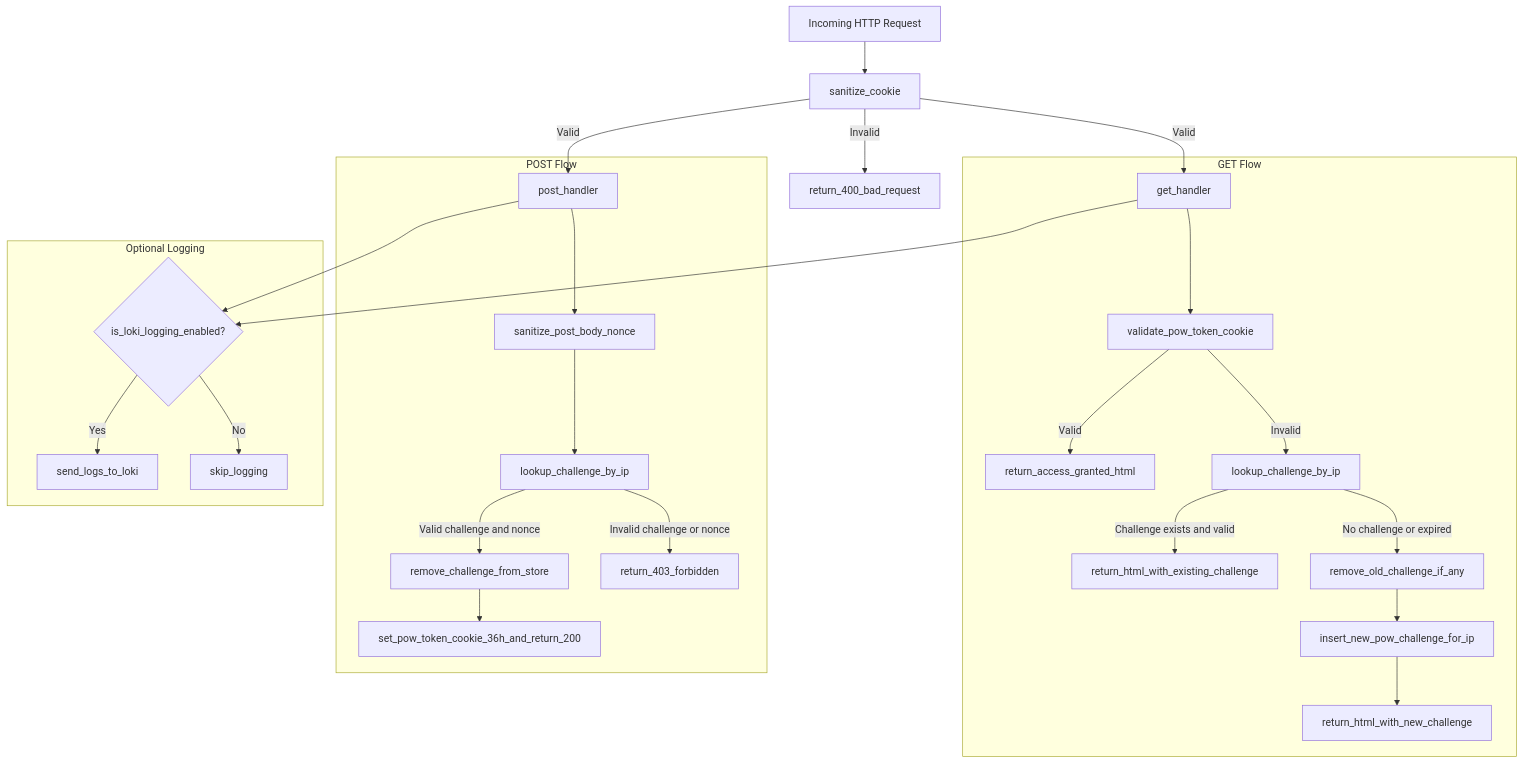
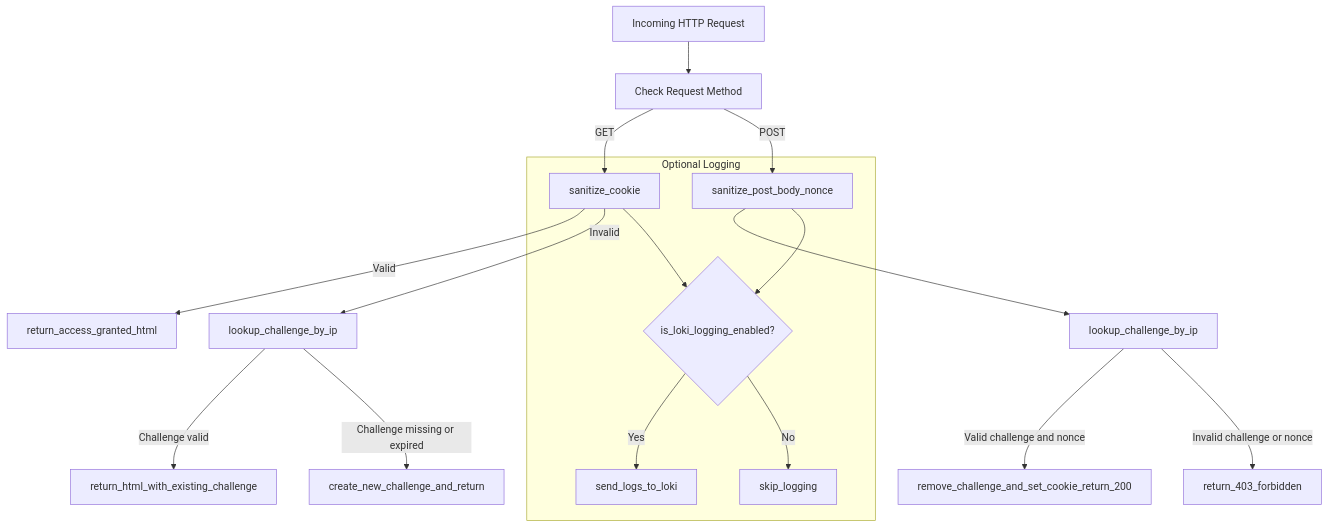
Before and after one commit to KrzysztofMarciniak/mpow: the second of 2 diagrams in README.md, drawn with Mermaid. The commit also changed 5 other files, not shown here.

````diff
--- a/README.md
+++ b/README.md
@@ -38,32 +42,22 @@
 ```mermaid
 graph TD
-  A[Incoming HTTP Request] --> S[sanitize_cookie]
-  S -->|Valid| B[get_handler]
-  S -->|Valid| C[post_handler]
-  S -->|Invalid| X[return_400_bad_request]
-
-  subgraph GET Flow
-    B --> D[validate_pow_token_cookie]
-    D -->|Valid| E[return_access_granted_html]
-    D -->|Invalid| F[lookup_challenge_by_ip]
-    F -->|Challenge exists and valid| G[return_html_with_existing_challenge]
-    F -->|No challenge or expired| H[remove_old_challenge_if_any]
-    H --> I[insert_new_pow_challenge_for_ip]
-    I --> J[return_html_with_new_challenge]
-  end
-
-  subgraph POST Flow
-    C --> O["sanitize_post_body_nonce"]
-    O --> K[lookup_challenge_by_ip]
-    K -->|Valid challenge and nonce| L[remove_challenge_from_store]
-    L --> M["set_pow_token_cookie_36h_and_return_200"]
-    K -->|Invalid challenge or nonce| N[return_403_forbidden]
-  end
-
+  A[Incoming HTTP Request] --> B[Check Request Method]
+  
+  B -->|GET| C[sanitize_cookie]
+  C -->|Valid| D[return_access_granted_html]
+  C -->|Invalid| E[lookup_challenge_by_ip]
+  E -->|Challenge valid| F[return_html_with_existing_challenge]
+  E -->|Challenge missing or expired| G[create_new_challenge_and_return]
+  
+  B -->|POST| H[sanitize_post_body_nonce]
+  H --> I[lookup_challenge_by_ip]
+  I -->|Valid challenge and nonce| J[remove_challenge_and_set_cookie_return_200]
+  I -->|Invalid challenge or nonce| K[return_403_forbidden]
+  
   subgraph Optional Logging
-    B --> P{is_loki_logging_enabled?}
-    C --> P
-    P -->|Yes| Q[send_logs_to_loki]
-    P -->|No| R[skip_logging]
+    C --> L{is_loki_logging_enabled?}
+    H --> L
+    L -->|Yes| M[send_logs_to_loki]
+    L -->|No| N[skip_logging]
   end
 ```
````
